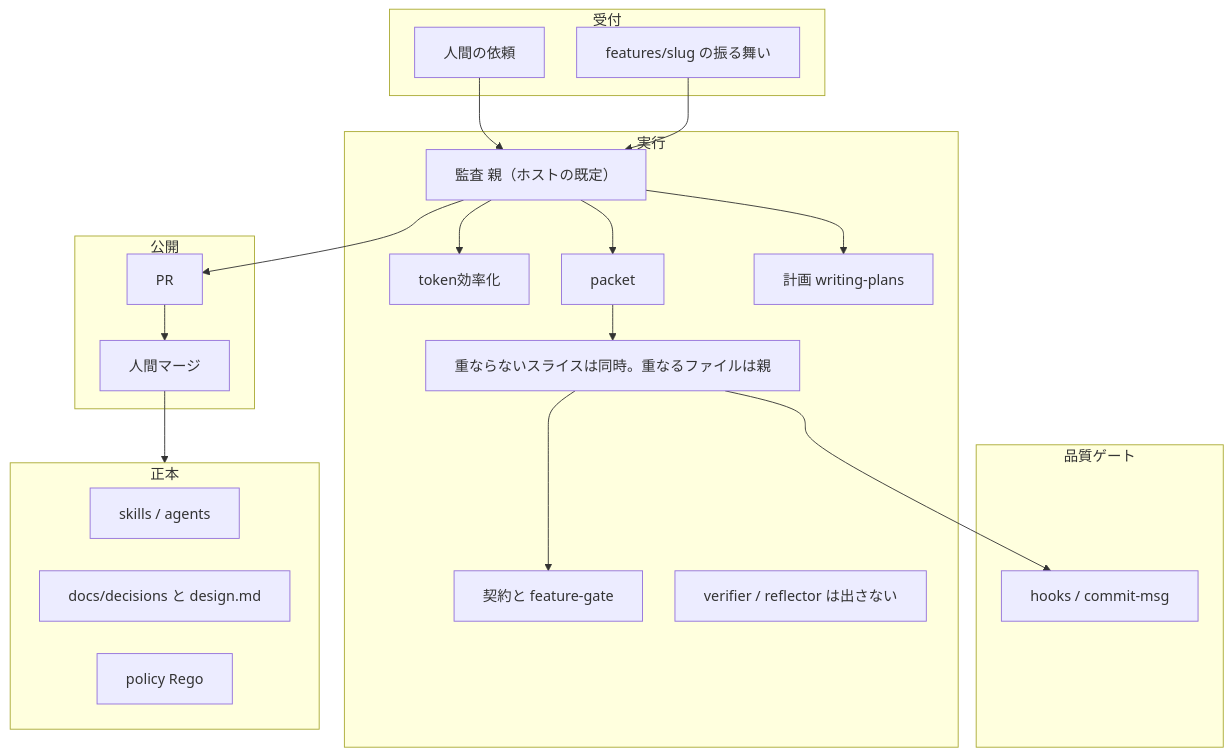
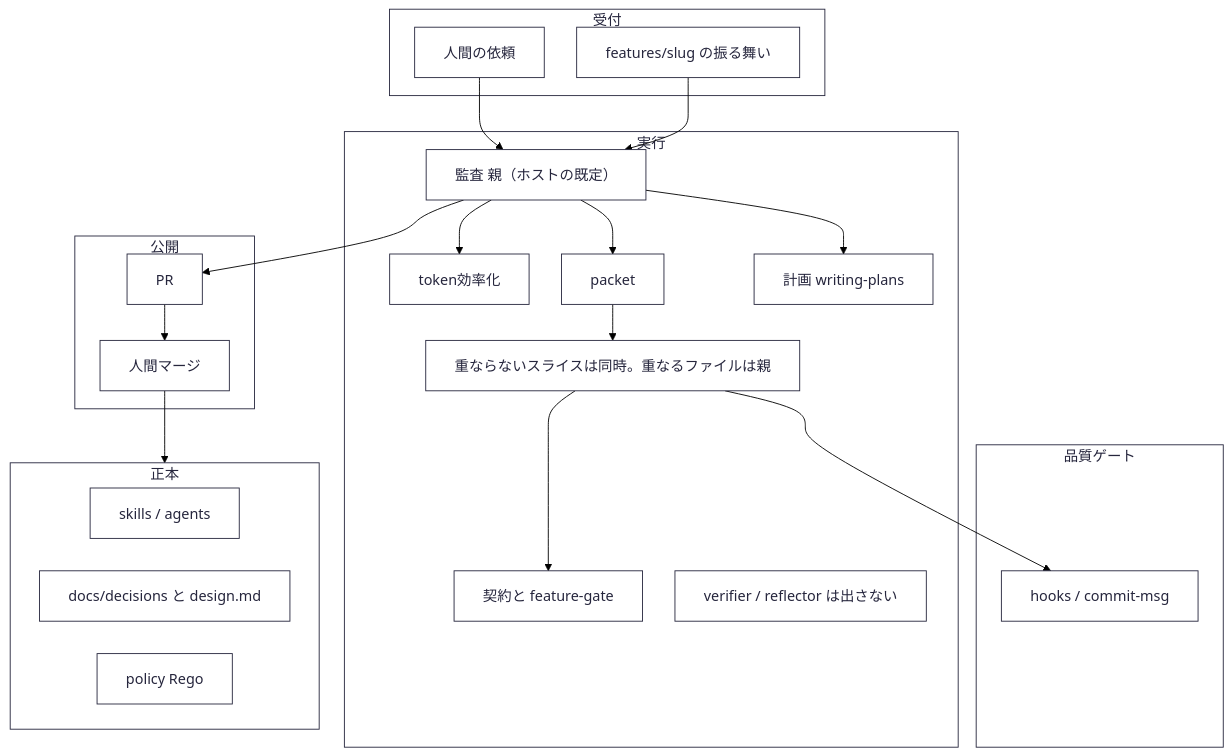
The diagram in docs/architecture/audit-overview.mmd (marumo333/SuiteLLM), drawn with Mermaid before and after one commit. The commit also changed 10 other files, not shown here.

First line of the commit message:
docs: アーキテクチャ図を自己改善図のデザインに揃える

```diff
--- a/docs/architecture/audit-overview.mmd
+++ b/docs/architecture/audit-overview.mmd
@@ -1,43 +1,43 @@
-%%{init: {"flowchart": {"useMaxWidth": false, "htmlLabels": true, "wrappingWidth": 360, "padding": 16, "nodeSpacing": 36, "rankSpacing": 40, "diagramPadding": 28}}}%%
+%%{init: {"theme":"base","themeVariables":{"background":"#ffffff","primaryColor":"#ffffff","primaryTextColor":"#26263d","primaryBorderColor":"#26263d","lineColor":"#000000","textColor":"#26263d","mainBkg":"#ffffff","nodeBorder":"#26263d","clusterBkg":"#ffffff","clusterBorder":"#26263d","titleColor":"#26263d","edgeLabelBackground":"#ffffff","fontFamily":"WenQuanYi Micro Hei, sans-serif","fontSize":"16px"},"themeCSS":".node rect,.node polygon,.node circle,.node ellipse{filter:drop-shadow(4px 4px 0 #f0f0f0);stroke:#26263d;stroke-width:2px;fill:#ffffff}.cluster rect{fill:#ffffff;stroke:#26263d;stroke-width:1.5px}.flowchart-link{stroke:#000000;stroke-width:2px}.edge-thickness-thick{stroke-width:3.5px}.edge-pattern-dashed,.edge-pattern-dotted{stroke-dasharray:12 8}","flowchart":{"useMaxWidth":false,"htmlLabels":true,"wrappingWidth":360,"padding":16,"nodeSpacing":36,"rankSpacing":40,"diagramPadding":28,"curve":"basis"}}}%%
 flowchart TB
   subgraph inbound["受付"]
     H["人間の依頼"]
     BH["features/slug の振る舞い"]
   end
 
   subgraph plant["実行"]
     P["監査 親（ホストの既定）"]
     CM["token効率化"]
     PK["packet"]
     PL["計画 writing-plans"]
     IM["重ならないスライスは同時。重なるファイルは親"]
     CT["契約と feature-gate"]
     OFF["verifier / reflector は出さない"]
   end
 
   subgraph qa["品質ゲート"]
     HK["hooks / commit-msg"]
   end
 
   subgraph warehouse["正本"]
     SK["skills / agents"]
     AD["docs/decisions と design.md"]
     PO["policy Rego"]
   end
 
   subgraph ship["公開"]
     PR["PR"]
     HM["人間マージ"]
   end
 
   H --> P
   BH --> P
   P --> CM
   P --> PK
   P --> PL
   PK --> IM
   IM --> HK
   IM --> CT
   P --> PR
   PR --> HM
   HM --> warehouse
```
